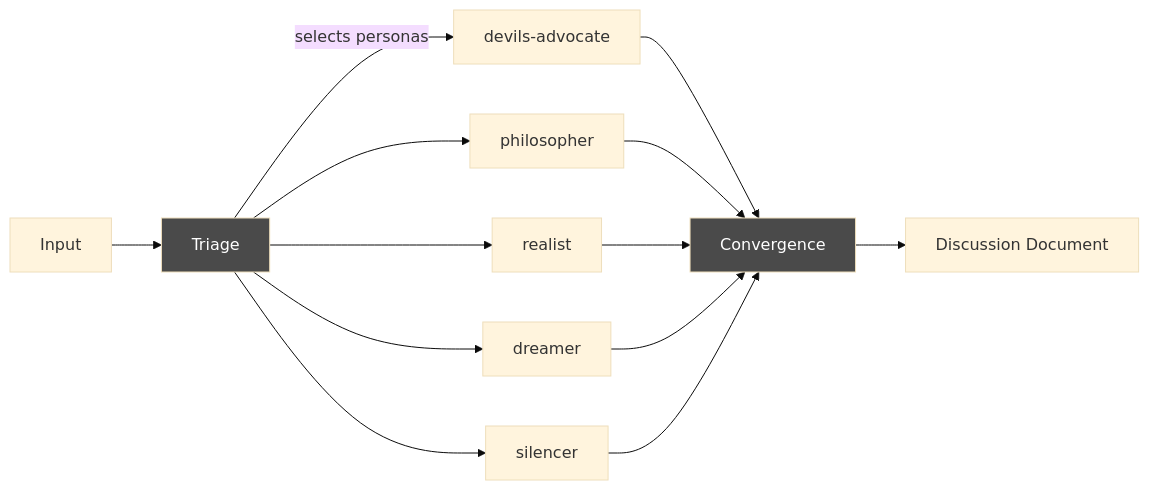
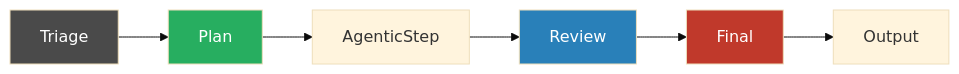
Before and after one commit to holgerleichsenring/agent-smith: the diagram in docs/concepts/multi-agent-orchestration.md, drawn with Mermaid (base theme). The commit also changed other lines of this file and 76 other files, not shown here.

````diff
--- a/docs/concepts/multi-agent-orchestration.md
+++ b/docs/concepts/multi-agent-orchestration.md
@@ -49,14 +29,13 @@
 ```mermaid
 graph LR
-    Input --> Triage
-    Triage -->|selects personas| D[devils-advocate]
-    Triage --> Ph[philosopher]
-    Triage --> R[realist]
-    Triage --> Dr[dreamer]
-    Triage --> S[silencer]
-    D & Ph & R & Dr & S --> Convergence
-    Convergence --> Output[Discussion Document]
+    Triage --> Plan
+    Plan --> AgenticStep
+    AgenticStep --> Review
+    Review --> Final
+    Final --> Output
 
     style Triage fill:#4a4a4a,color:#fff
-    style Convergence fill:#4a4a4a,color:#fff
+    style Plan fill:#27ae60,color:#fff
+    style Review fill:#2980b9,color:#fff
+    style Final fill:#c0392b,color:#fff
 ```
````
